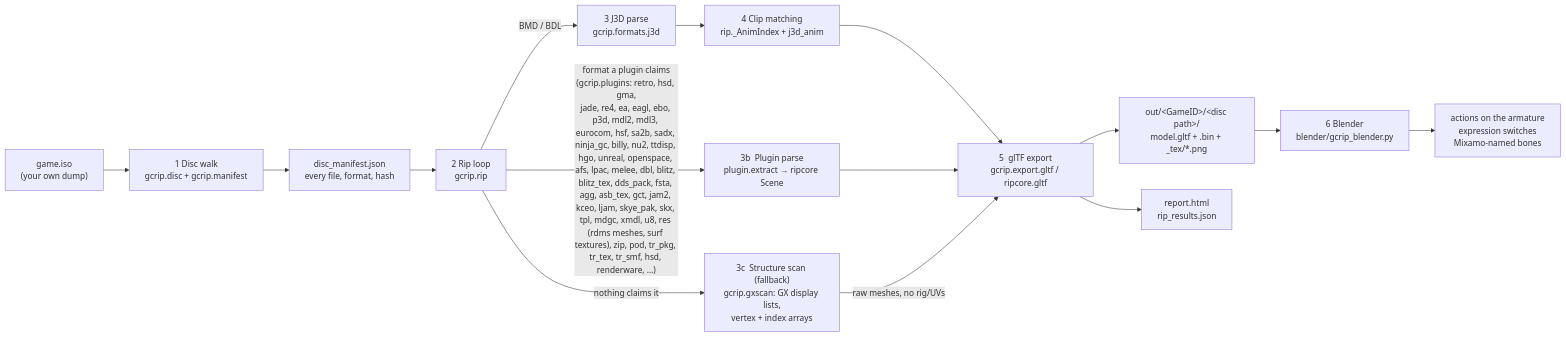
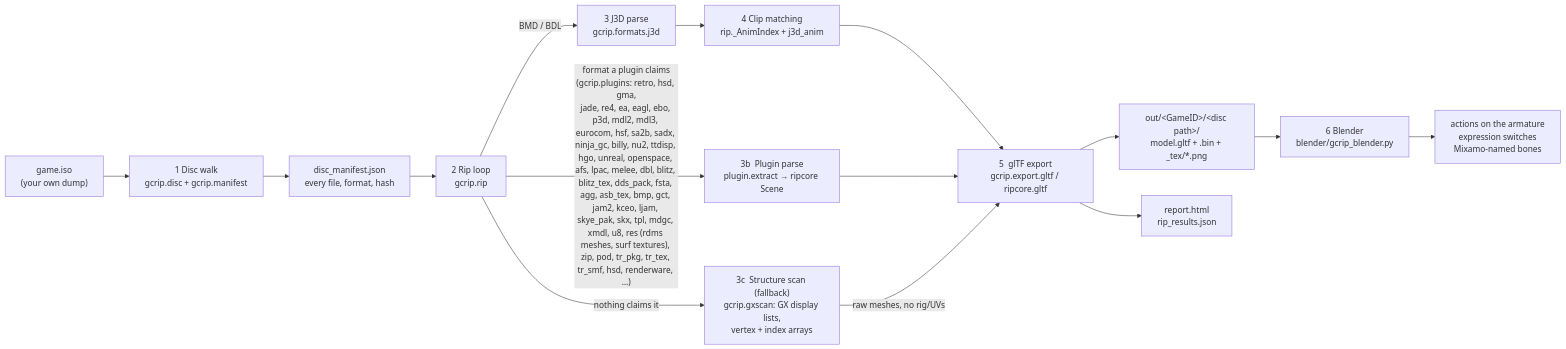
One commit to Felbs/3d-ripper-9000 changed the first of 9 diagrams in docs/PIPELINE.md. Above: the diagram before and after it, drawn with Mermaid. The commit also changed 5 other files, not shown here.

First line of the commit message:
gcrip bmp: loose Windows bitmaps on twelve discs that produced nothing else

````diff
--- a/docs/PIPELINE.md
+++ b/docs/PIPELINE.md
@@ -11,17 +11,17 @@
 ```mermaid
 flowchart LR
     ISO["game.iso<br/>(your own dump)"] --> WALK["1  Disc walk<br/>gcrip.disc + gcrip.manifest"]
     WALK --> MAN["disc_manifest.json<br/>every file, format, hash"]
     MAN --> RIP["2  Rip loop<br/>gcrip.rip"]
     RIP -->|"BMD / BDL"| J3D["3  J3D parse<br/>gcrip.formats.j3d"]
-    RIP -->|"format a plugin claims<br/>(gcrip.plugins: retro, hsd, gma,<br/>jade, re4, ea, eagl, ebo, p3d, mdl2, mdl3, eurocom, hsf, sa2b, sadx, ninja_gc, billy, nu2, ttdisp, hgo, unreal, openspace, afs, lpac, melee, dbl, blitz, blitz_tex, dds_pack, fsta, agg, asb_tex, gct, jam2, kceo, ljam, skye_pak, skx, tpl, mdgc, xmdl, u8, res (rdms meshes, surf textures), zip, pod, tr_pkg, tr_tex, tr_smf, hsd, renderware, …)"| PLUG["3b  Plugin parse<br/>plugin.extract → ripcore Scene"]
+    RIP -->|"format a plugin claims<br/>(gcrip.plugins: retro, hsd, gma,<br/>jade, re4, ea, eagl, ebo, p3d, mdl2, mdl3, eurocom, hsf, sa2b, sadx, ninja_gc, billy, nu2, ttdisp, hgo, unreal, openspace, afs, lpac, melee, dbl, blitz, blitz_tex, dds_pack, fsta, agg, asb_tex, bmp, gct, jam2, kceo, ljam, skye_pak, skx, tpl, mdgc, xmdl, u8, res (rdms meshes, surf textures), zip, pod, tr_pkg, tr_tex, tr_smf, hsd, renderware, …)"| PLUG["3b  Plugin parse<br/>plugin.extract → ripcore Scene"]
     RIP -->|"nothing claims it"| GX["3c  Structure scan (fallback)<br/>gcrip.gxscan: GX display lists,<br/>vertex + index arrays"]
     J3D --> ANIM["4  Clip matching<br/>rip._AnimIndex + j3d_anim"]
     ANIM --> GLTF["5  glTF export<br/>gcrip.export.gltf / ripcore.gltf"]
     PLUG --> GLTF
     GX -->|"raw meshes, no rig/UVs"| GLTF
     GLTF --> OUT["out/&lt;GameID&gt;/&lt;disc path&gt;/<br/>model.gltf + .bin + _tex/*.png"]
     GLTF --> REP["report.html<br/>rip_results.json"]
     OUT --> BL["6  Blender<br/>blender/gcrip_blender.py"]
     BL --> PLAY["actions on the armature<br/>expression switches<br/>Mixamo-named bones"]
 ```
````
